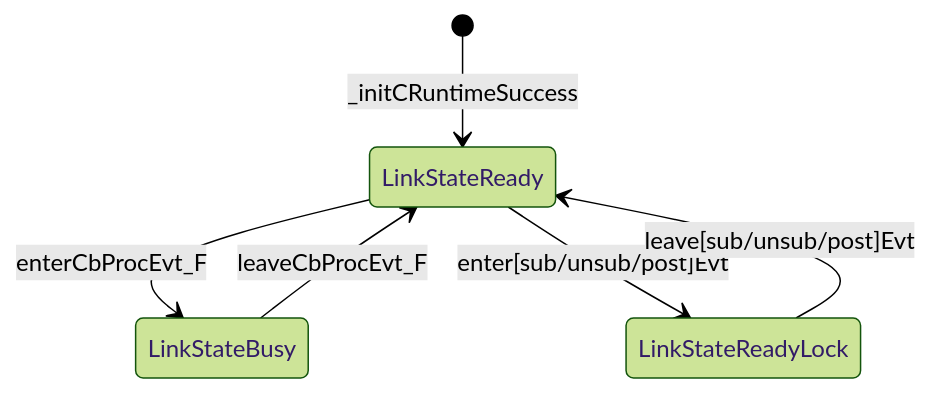
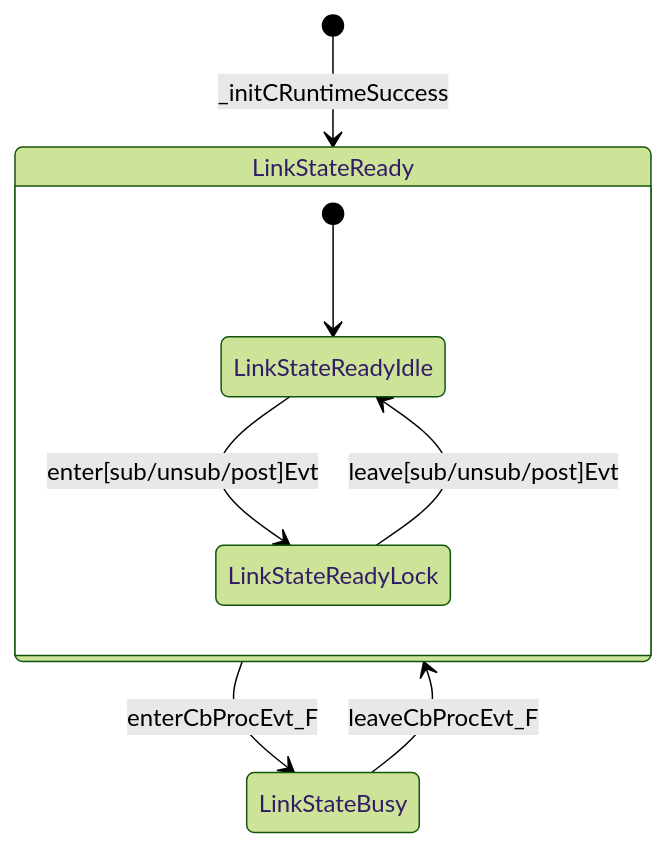
One commit to EnigmaWU/MyIOC_inTDD_withGHC changed the diagram in README.md. Above: the diagram before and after it, drawn with Mermaid (forest theme).

Commit message:
Refactor LinkStateReady state in stateDiagram-v2

````diff
--- a/README.md
+++ b/README.md
@@ -78,8 +78,13 @@
 ```mermaid
 stateDiagram-v2
   [*] --> LinkStateReady: _initCRuntimeSuccess
   LinkStateReady --> LinkStateBusy: enterCbProcEvt_F
   LinkStateBusy --> LinkStateReady: leaveCbProcEvt_F
-  LinkStateReady --> LinkStateReadyLock: enter[sub/unsub/post]Evt
-  LinkStateReadyLock --> LinkStateReady: leave[sub/unsub/post]Evt
+  state LinkStateReady
+  {
+    [*] --> LinkStateReadyIdle
+    LinkStateReadyIdle --> LinkStateReadyLock: enter[sub/unsub/post]Evt
+    LinkStateReadyLock --> LinkStateReadyIdle: leave[sub/unsub/post]Evt
+  }
+  
 ```
````
